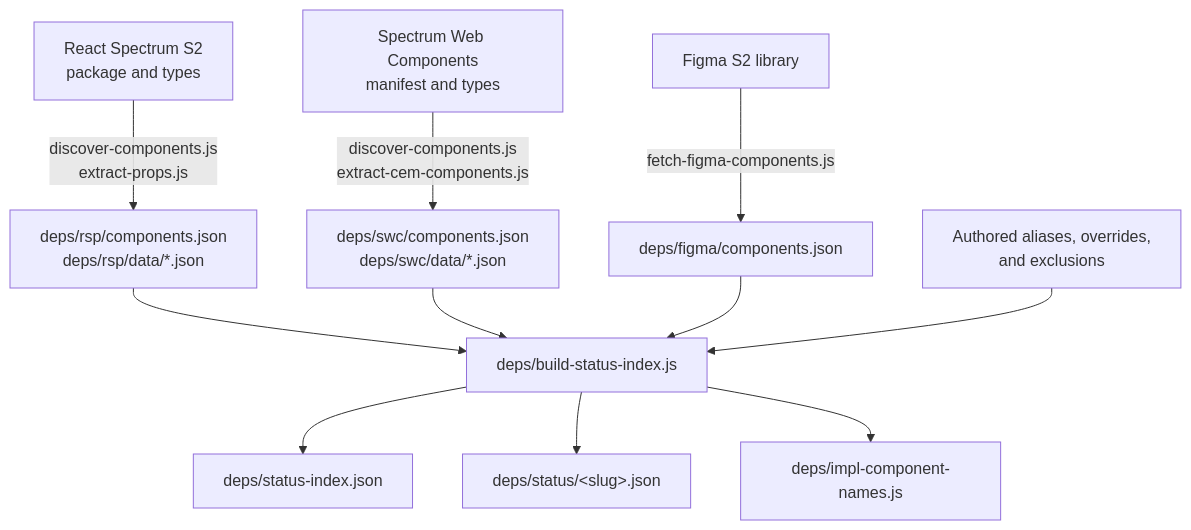
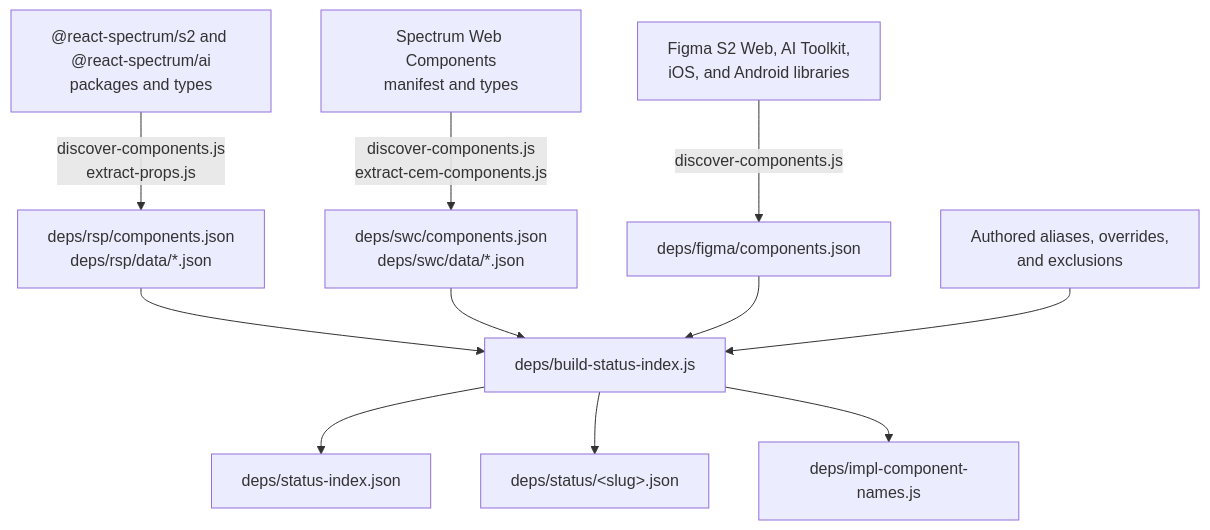
Before and after one commit to adobe/spectrum-hub: the diagram in docs/DEPS.md, drawn with Mermaid. The commit also changed other lines of this file and 177 other files, not shown here.

First line of the commit message:
feat(status): stage 2 figma statuses, authored component statuses (#227)

````diff
--- a/docs/DEPS.md
+++ b/docs/DEPS.md
@@ -32,24 +33,24 @@
 ```mermaid
 flowchart TD
     accTitle: How implementation data becomes the combined status model
-    accDescr: Three upstream sources are extracted into per-implementation catalogs. React Spectrum S2 produces deps/rsp/components.json and deps/rsp/data. Spectrum Web Components produces deps/swc/components.json and deps/swc/data. The Figma library produces deps/figma/components.json. Those catalogs, together with authored aliases, overrides, and exclusions, are read by deps/build-status-index.js, which writes deps/status-index.json, one deps/status slice per component, and deps/impl-component-names.js.
+    accDescr: The @react-spectrum/s2 and @react-spectrum/ai packages supply the RSP code catalog. Spectrum Web Components supplies the SWC code catalog, including AI Toolkit patterns. The Figma S2 Web, Spectrum AI Toolkit, iOS, and Android libraries supply design data independently of the code catalogs. The builder combines these sources with authored mappings to write the index, component slices, and implementation-name map.
 
-    rsp["React Spectrum S2<br/>package and types"]
+    rsp["@react-spectrum/s2 and @react-spectrum/ai<br/>packages and types"]
     swc["Spectrum Web Components<br/>manifest and types"]
-    figma["Figma S2 library"]
+    figma["Figma S2 Web, AI Toolkit,<br/>iOS, and Android libraries"]
 
     rsp -->|"discover-components.js<br/>extract-props.js"| rspOut["deps/rsp/components.json<br/>deps/rsp/data/*.json"]
     swc -->|"discover-components.js<br/>extract-cem-components.js"| swcOut["deps/swc/components.json<br/>deps/swc/data/*.json"]
-    figma -->|"fetch-figma-components.js"| figmaOut["deps/figma/components.json"]
+    figma -->|"discover-components.js"| figmaOut["deps/figma/components.json"]
 
     authored["Authored aliases, overrides,<br/>and exclusions"]
 
     rspOut --> build["deps/build-status-index.js"]
     swcOut --> build
     figmaOut --> build
     authored --> build
 
     build --> index["deps/status-index.json"]
     build --> slices["deps/status/&lt;slug&gt;.json"]
     build --> names["deps/impl-component-names.js"]
 ```
````
